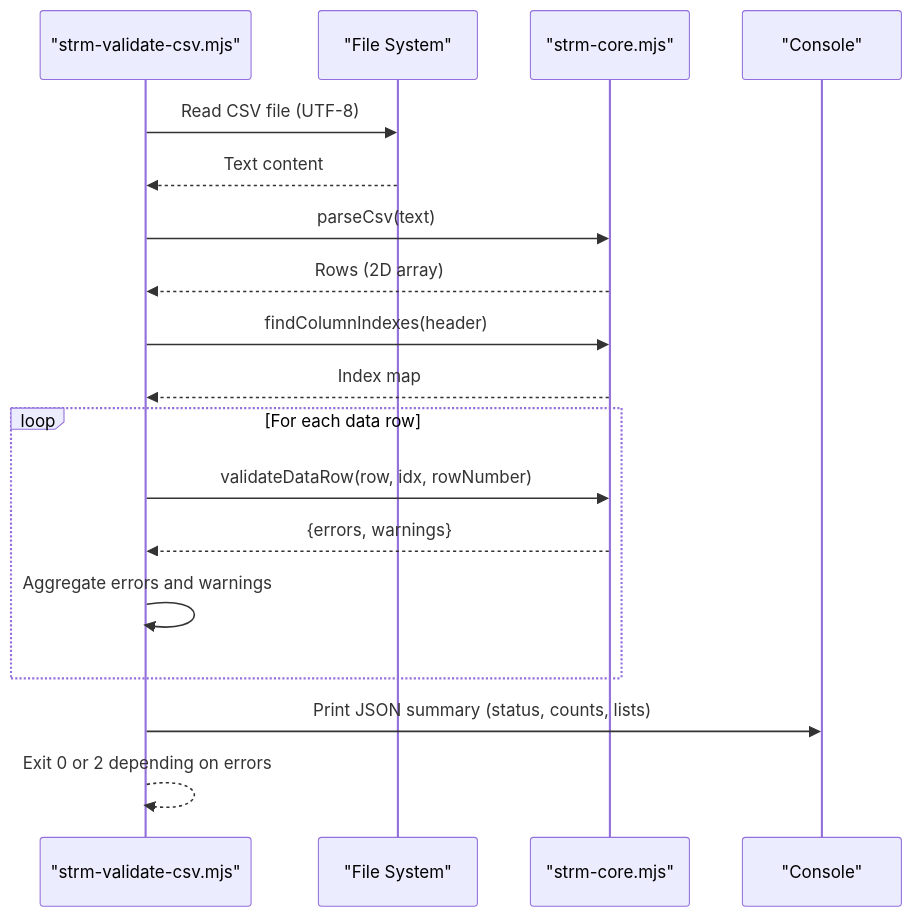
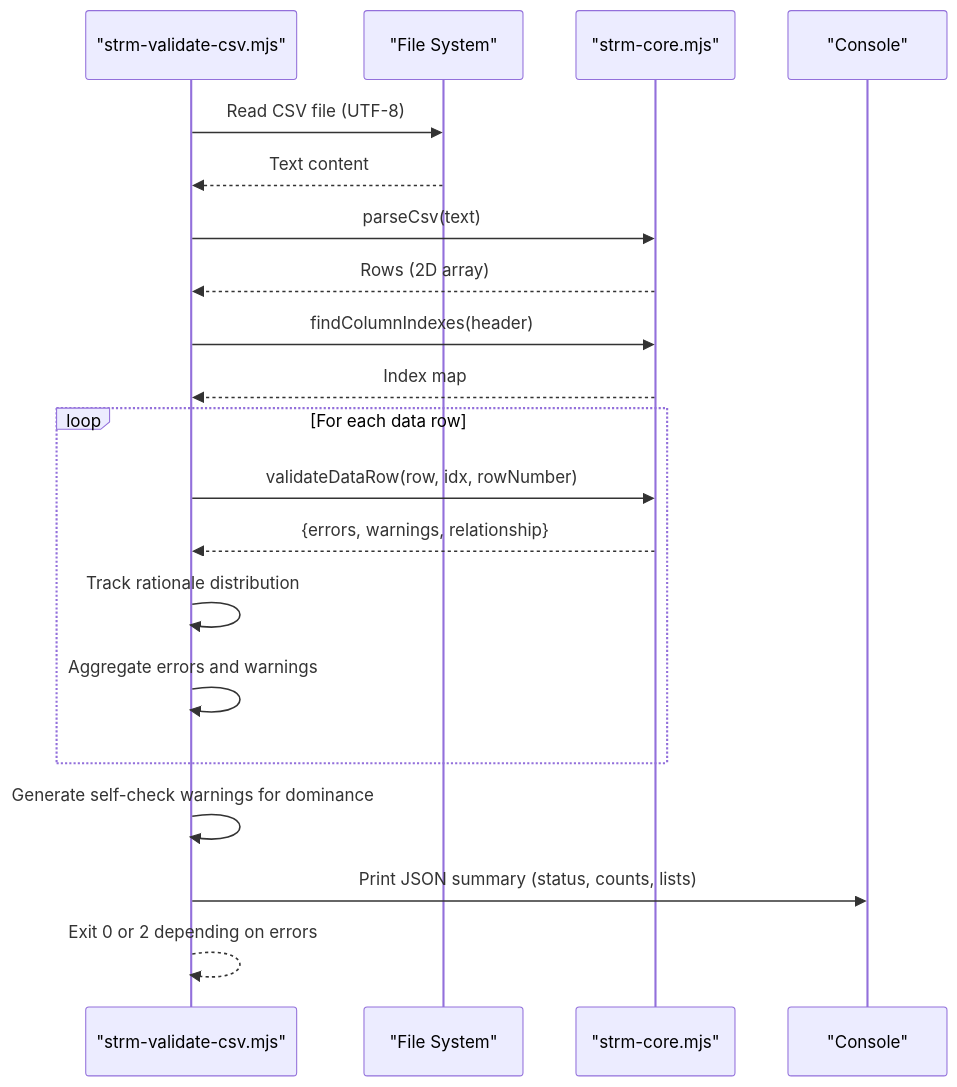
Before and after one commit to austinsonger/GRC-Mapping-Analyst: the second of 8 diagrams in .qoder/repowiki/en/content/Core Processing Engine and Algorithms/CSV Processing and Validation.md, drawn with Mermaid. The commit also changed other lines of this file and 4 other files, not shown here.

````diff
--- a/.qoder/repowiki/en/content/Core Processing Engine and Algorithms/CSV Processing and Validation.md
+++ b/.qoder/repowiki/en/content/Core Processing Engine and Algorithms/CSV Processing and Validation.md
@@ -95,20 +106,22 @@
 ```mermaid
 sequenceDiagram
 participant CLI as "strm-validate-csv.mjs"
 participant FS as "File System"
 participant CORE as "strm-core.mjs"
 participant OUT as "Console"
 CLI->>FS : Read CSV file (UTF-8)
 FS-->>CLI : Text content
 CLI->>CORE : parseCsv(text)
 CORE-->>CLI : Rows (2D array)
 CLI->>CORE : findColumnIndexes(header)
 CORE-->>CLI : Index map
 loop For each data row
 CLI->>CORE : validateDataRow(row, idx, rowNumber)
-CORE-->>CLI : {errors, warnings}
+CORE-->>CLI : {errors, warnings, relationship}
+CLI->>CLI : Track rationale distribution
 CLI->>CLI : Aggregate errors and warnings
 end
+CLI->>CLI : Generate self-check warnings for dominance
 CLI->>OUT : Print JSON summary (status, counts, lists)
 CLI-->>CLI : Exit 0 or 2 depending on errors
 ```
````
